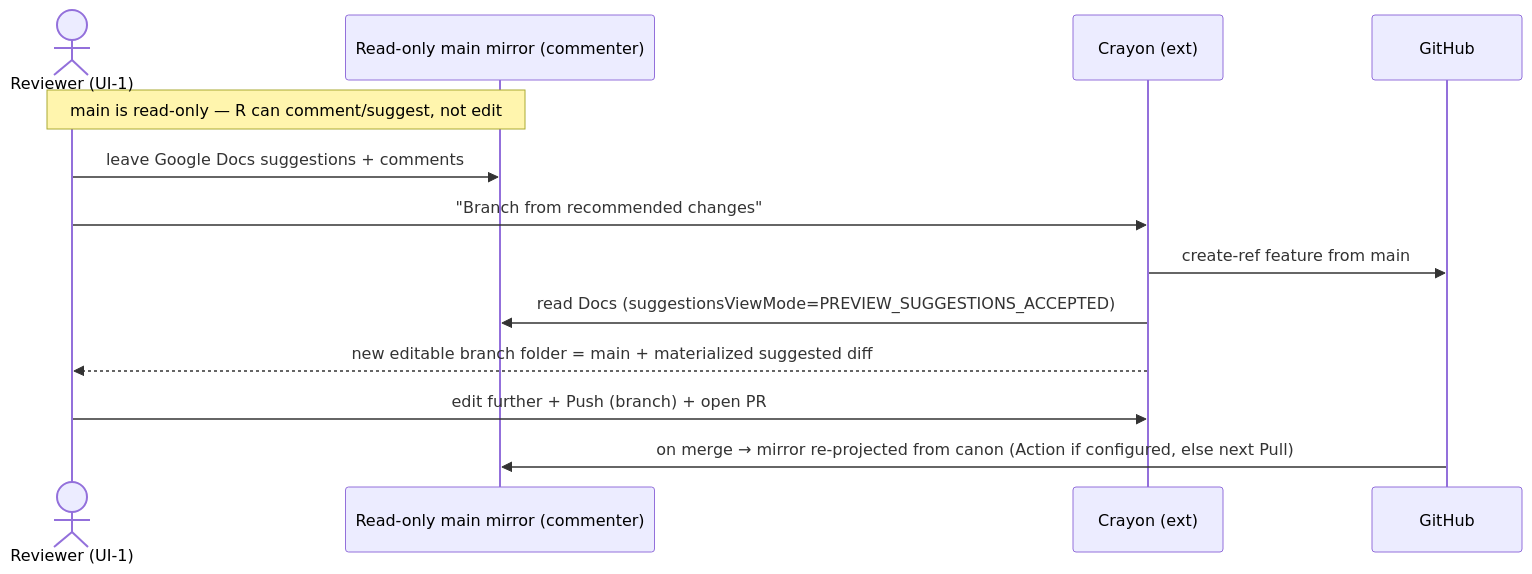
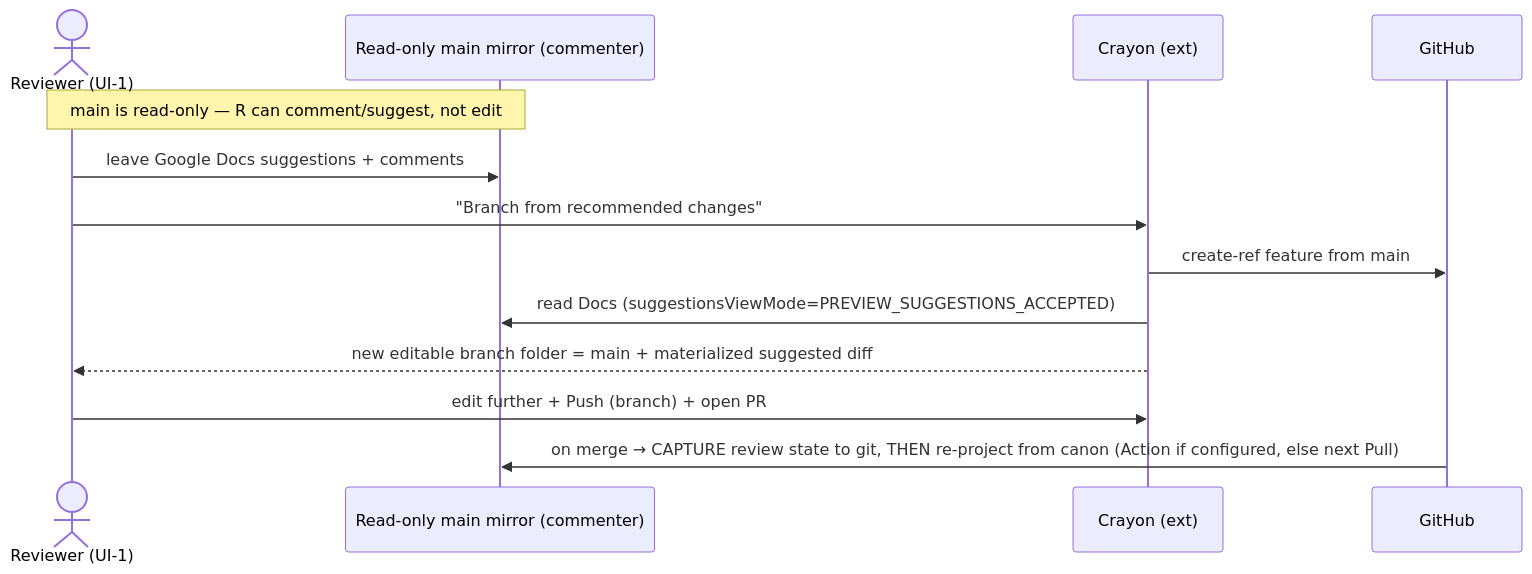
Before and after one commit to DynamicalSystemsGroup/crayon: the ninth of 9 diagrams in SPEC.md, drawn with Mermaid. The commit also changed other lines of this file and 4 other files, not shown here.

````diff
--- a/SPEC.md
+++ b/SPEC.md
@@ -778,15 +822,15 @@
 ```mermaid
 sequenceDiagram
   actor R as Reviewer (UI-1)
   participant M as Read-only main mirror (commenter)
   participant X as Crayon (ext)
   participant G as GitHub
   Note over R,M: main is read-only — R can comment/suggest, not edit
   R->>M: leave Google Docs suggestions + comments
   R->>X: "Branch from recommended changes"
   X->>G: create-ref feature from main
   X->>M: read Docs (suggestionsViewMode=PREVIEW_SUGGESTIONS_ACCEPTED)
   X-->>R: new editable branch folder = main + materialized suggested diff
   R->>X: edit further + Push (branch) + open PR
-  G->>M: on merge → mirror re-projected from canon (Action if configured, else next Pull)
+  G->>M: on merge → CAPTURE review state to git, THEN re-project from canon (Action if configured, else next Pull)
 ```
````
